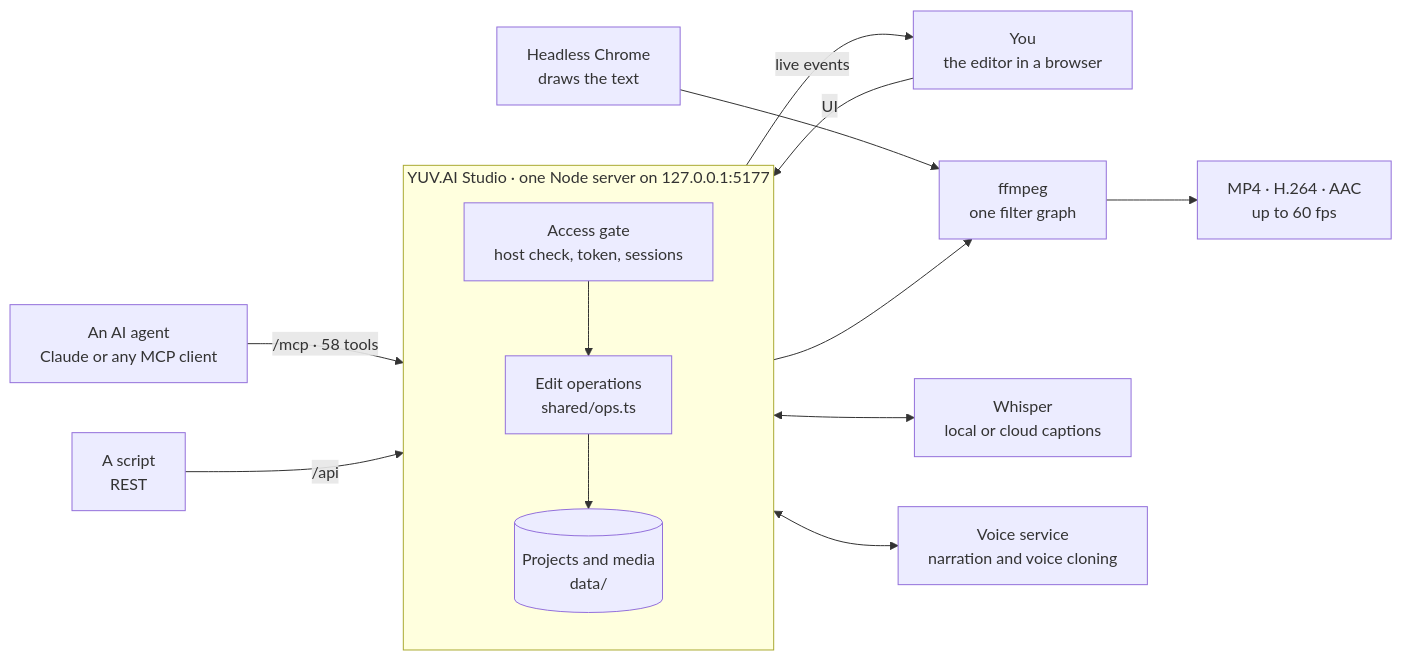
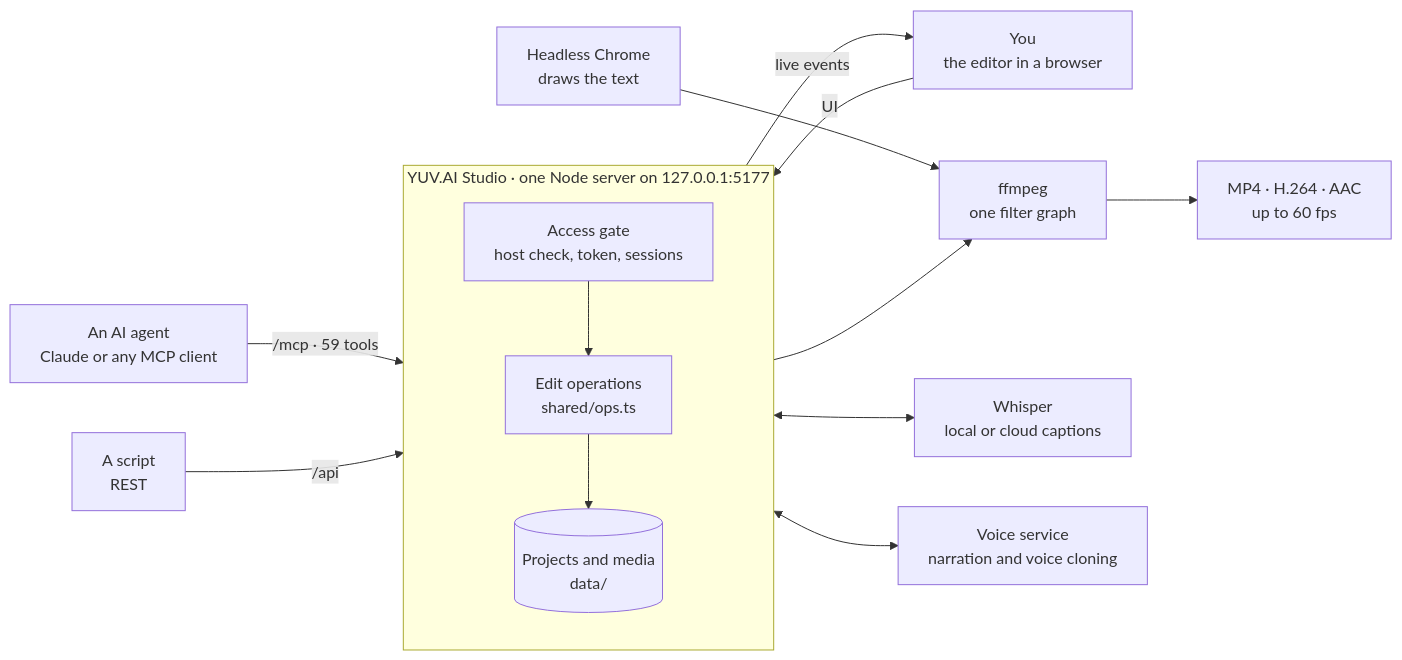
One commit to hoodini/yuv-studio changed the diagram in README.md. Above: the diagram before and after it, drawn with Mermaid. The commit also changed other lines of this file and 20 other files, not shown here.

Commit message:
Remove background without a green screen (text behind the person, portrait blur), text under video layers, transparent video; 59 MCP tools

````diff
--- a/README.md
+++ b/README.md
@@ -125,25 +126,25 @@
 ```mermaid
 flowchart LR
   you["You<br/>the editor in a browser"]
   agent["An AI agent<br/>Claude or any MCP client"]
   script["A script<br/>REST"]
 
   subgraph studio["YUV.AI Studio · one Node server on 127.0.0.1:5177"]
     direction TB
     gate["Access gate<br/>host check, token, sessions"]
     ops["Edit operations<br/>shared/ops.ts"]
     store[("Projects and media<br/>data/")]
     gate --> ops --> store
   end
 
   you -- "UI" --> gate
-  agent -- "/mcp · 58 tools" --> gate
+  agent -- "/mcp · 59 tools" --> gate
   script -- "/api" --> gate
 
   ops -- "live events" --> you
   store --> ffmpeg["ffmpeg<br/>one filter graph"]
   chrome["Headless Chrome<br/>draws the text"] --> ffmpeg
   ffmpeg --> mp4["MP4 · H.264 · AAC<br/>up to 60 fps"]
   store <--> whisper["Whisper<br/>local or cloud captions"]
   store <--> voice["Voice service<br/>narration and voice cloning"]
 ```
````
